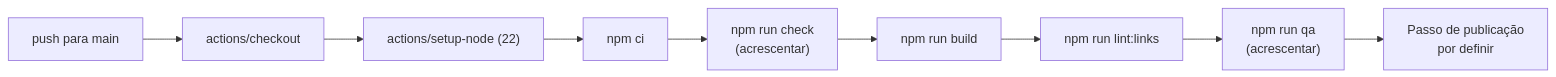
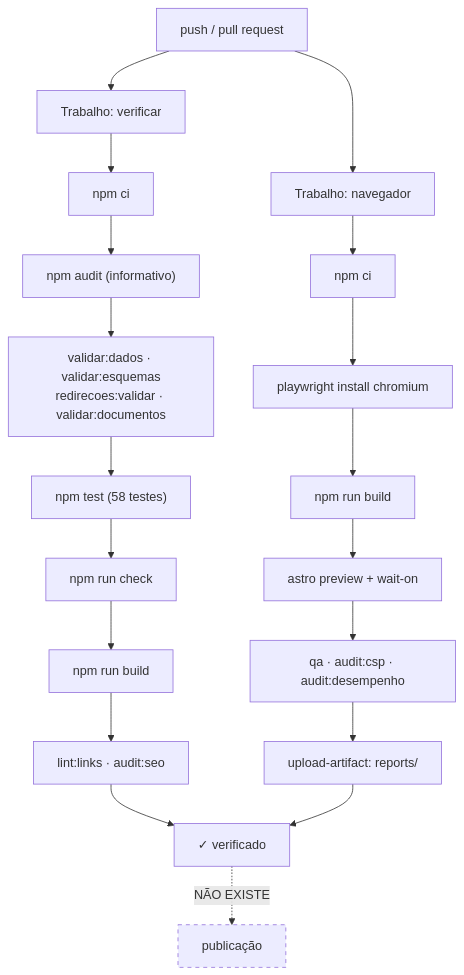
Before and after one commit to themantas1994/arla-site: the diagram in wiki/CI-CD.md, drawn with Mermaid. The commit also changed other lines of this file and 67 other files, not shown here.

````diff
--- a/wiki/CI-CD.md
+++ b/wiki/CI-CD.md
@@ -65,11 +15,26 @@
 ```mermaid
-flowchart LR
-    Push["push para main"] --> Checkout["actions/checkout"]
-    Checkout --> Node["actions/setup-node (22)"]
-    Node --> Install["npm ci"]
-    Install --> Check["npm run check<br>(acrescentar)"]
-    Check --> Build["npm run build"]
-    Build --> Links["npm run lint:links"]
-    Links --> QA["npm run qa<br>(acrescentar)"]
-    QA --> Deploy["Passo de publicação<br>por definir"]
+flowchart TD
+    Push["push / pull request"] --> V["Trabalho: verificar"]
+    Push --> N["Trabalho: navegador"]
+
+    V --> V1["npm ci"]
+    V1 --> V2["npm audit (informativo)"]
+    V2 --> V3["validar:dados · validar:esquemas<br>redirecoes:validar · validar:documentos"]
+    V3 --> V4["npm test (58 testes)"]
+    V4 --> V5["npm run check"]
+    V5 --> V6["npm run build"]
+    V6 --> V7["lint:links · audit:seo"]
+
+    N --> N1["npm ci"]
+    N1 --> N2["playwright install chromium"]
+    N2 --> N3["npm run build"]
+    N3 --> N4["astro preview + wait-on"]
+    N4 --> N5["qa · audit:csp · audit:desempenho"]
+    N5 --> N6["upload-artifact: reports/"]
+
+    V7 --> Fim["✓ verificado"]
+    N6 --> Fim
+    Fim -.->|"NÃO EXISTE"| Deploy["publicação"]
+
+    style Deploy stroke-dasharray: 5 5
 ```
````
